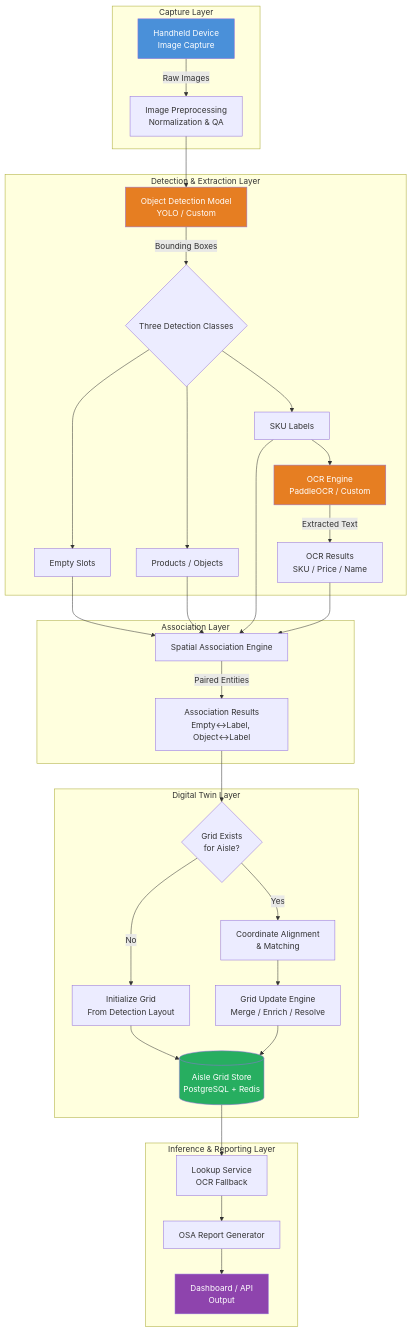
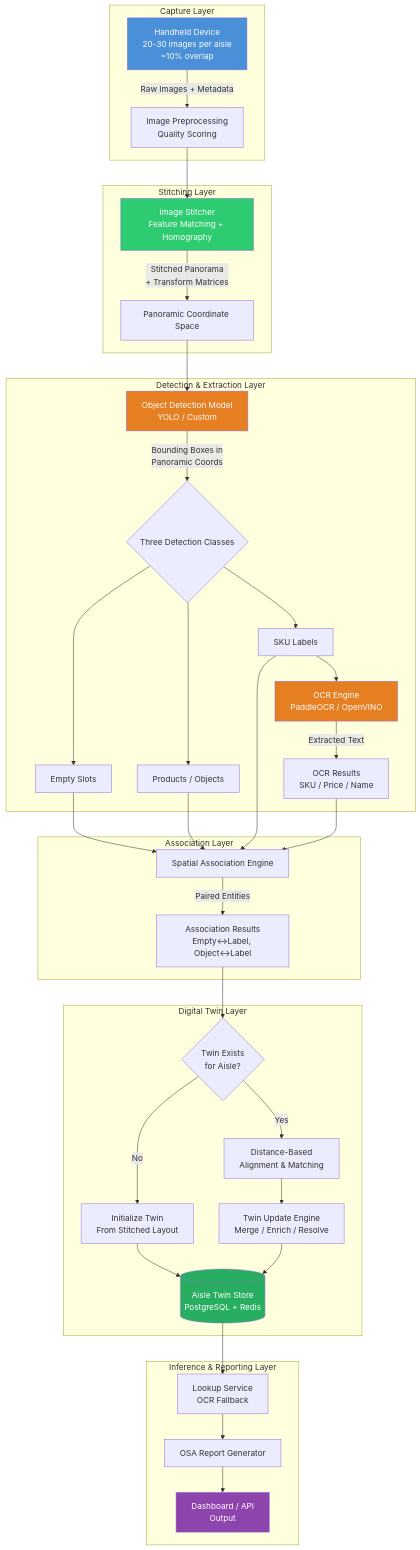
One commit to c3tas1/utils changed the first of 6 diagrams in osa_markdown.md. Above: the diagram before and after it, drawn with Mermaid. The commit also changed other lines of this file, not shown here.

````diff
--- a/osa_markdown.md
+++ b/osa_markdown.md
@@ -53,45 +57,51 @@
 ```mermaid
 graph TB
     subgraph Capture Layer
-        A[Handheld Device<br/>Image Capture] -->|Raw Images| B[Image Preprocessing<br/>Normalization & QA]
+        A[Handheld Device<br/>20-30 images per aisle<br/>~10% overlap] -->|Raw Images + Metadata| B[Image Preprocessing<br/>Quality Scoring]
+    end
+
+    subgraph Stitching Layer
+        B --> ST[Image Stitcher<br/>Feature Matching + Homography]
+        ST -->|Stitched Panorama<br/>+ Transform Matrices| SP[Panoramic Coordinate Space]
     end
 
     subgraph Detection & Extraction Layer
-        B --> C[Object Detection Model<br/>YOLO / Custom]
-        C -->|Bounding Boxes| D{Three Detection Classes}
+        SP --> C[Object Detection Model<br/>YOLO / Custom]
+        C -->|Bounding Boxes in<br/>Panoramic Coords| D{Three Detection Classes}
         D --> E[Empty Slots]
         D --> F[Products / Objects]
         D --> G[SKU Labels]
-        G --> H[OCR Engine<br/>PaddleOCR / Custom]
+        G --> H[OCR Engine<br/>PaddleOCR / OpenVINO]
         H -->|Extracted Text| I[OCR Results<br/>SKU / Price / Name]
     end
 
     subgraph Association Layer
         E --> J[Spatial Association Engine]
         F --> J
         G --> J
         I --> J
         J -->|Paired Entities| K[Association Results<br/>Empty↔Label, Object↔Label]
     end
 
     subgraph Digital Twin Layer
-        K --> L{Grid Exists<br/>for Aisle?}
-        L -->|No| M[Initialize Grid<br/>From Detection Layout]
-        L -->|Yes| N[Coordinate Alignment<br/>& Matching]
-        N --> O[Grid Update Engine<br/>Merge / Enrich / Resolve]
-        M --> P[(Aisle Grid Store<br/>PostgreSQL + Redis)]
+        K --> L{Twin Exists<br/>for Aisle?}
+        L -->|No| M[Initialize Twin<br/>From Stitched Layout]
+        L -->|Yes| N[Distance-Based<br/>Alignment & Matching]
+        N --> O[Twin Update Engine<br/>Merge / Enrich / Resolve]
+        M --> P[(Aisle Twin Store<br/>PostgreSQL + Redis)]
         O --> P
     end
 
     subgraph Inference & Reporting Layer
         P --> Q[Lookup Service<br/>OCR Fallback]
         Q --> R[OSA Report Generator]
         R --> S[Dashboard / API<br/>Output]
     end
 
     style A fill:#4A90D9,color:#fff
+    style ST fill:#2ECC71,color:#fff
     style C fill:#E67E22,color:#fff
     style H fill:#E67E22,color:#fff
     style P fill:#27AE60,color:#fff
     style S fill:#8E44AD,color:#fff
 ```
````
